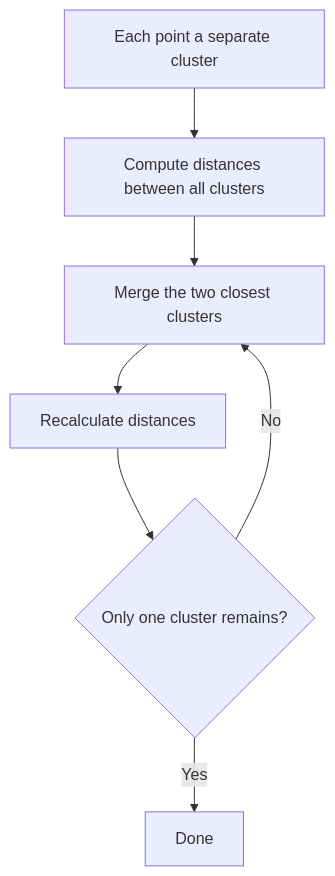
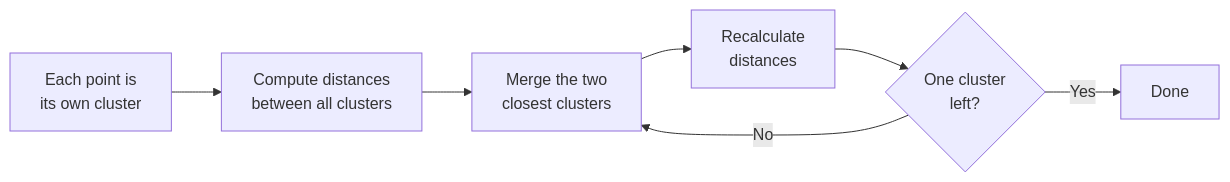
The sixth of 14 diagrams in ml-course/unit-3.md (SureshAmal/learnmaker), drawn with Mermaid before and after one commit. The commit also changed other lines of this file and 668 other files, not shown here.

````diff
--- a/ml-course/unit-3.md
+++ b/ml-course/unit-3.md
@@ -168,9 +311,9 @@
 ```mermaid
-flowchart TD
-    A["Each point a separate cluster"] --> B["Compute distances between all clusters"]
-    B --> C["Merge the two closest clusters"]
-    C --> D["Recalculate distances"]
-    D --> E{"Only one cluster remains?"}
+flowchart LR
+    A["Each point is<br/>its own cluster"] --> B["Compute distances<br/>between all clusters"]
+    B --> C["Merge the two<br/>closest clusters"]
+    C --> D["Recalculate<br/>distances"]
+    D --> E{"One cluster<br/>left?"}
     E -->|"No"| C
     E -->|"Yes"| F["Done"]
 ```
````
